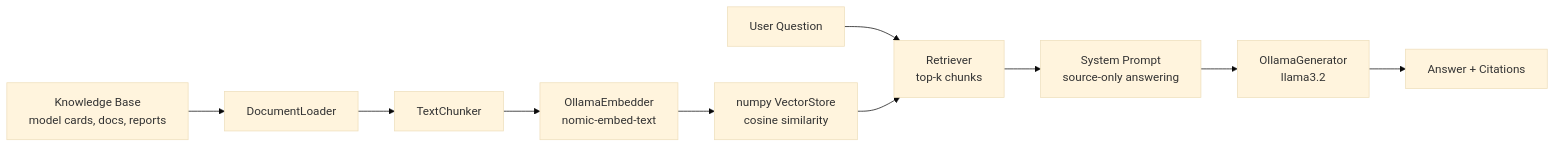
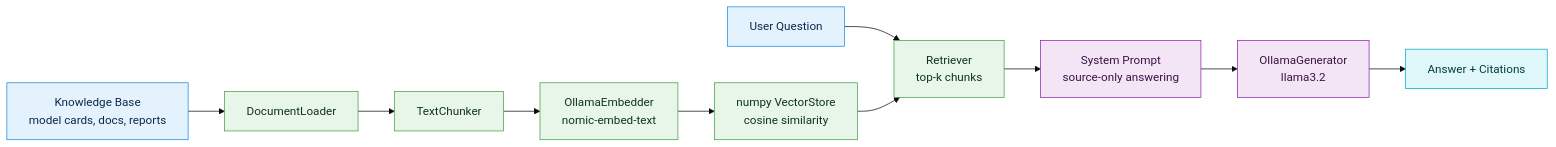
The fifth of 6 diagrams in README.md (SumukhaK/football-intelligence-platform), drawn with Mermaid (base theme) before and after one commit. The commit also changed other lines of this file and 31 other files, not shown here.

First line of the commit message:
docs(docs): bring every readme up to date and colour the diagrams

````diff
--- a/README.md
+++ b/README.md
@@ -171,12 +204,21 @@
 ```mermaid
 flowchart LR
     A[Knowledge Base\nmodel cards, docs, reports] --> B[DocumentLoader]
     B --> C[TextChunker]
     C --> D[OllamaEmbedder\nnomic-embed-text]
     D --> E[numpy VectorStore\ncosine similarity]
     F[User Question] --> G[Retriever\ntop-k chunks]
     E --> G
     G --> H[System Prompt\nsource-only answering]
     H --> I[OllamaGenerator\nllama3.2]
     I --> J[Answer + Citations]
+
+    classDef source fill:#E3F2FD,stroke:#1E88E5,color:#0D2A4A
+    classDef data fill:#E8F5E9,stroke:#43A047,color:#12351A
+    classDef model fill:#F3E5F5,stroke:#8E24AA,color:#3A1245
+    classDef client fill:#E0F7FA,stroke:#00ACC1,color:#003B44
+    class A,F source
+    class B,C,D,E,G data
+    class H,I model
+    class J client
 ```
````
